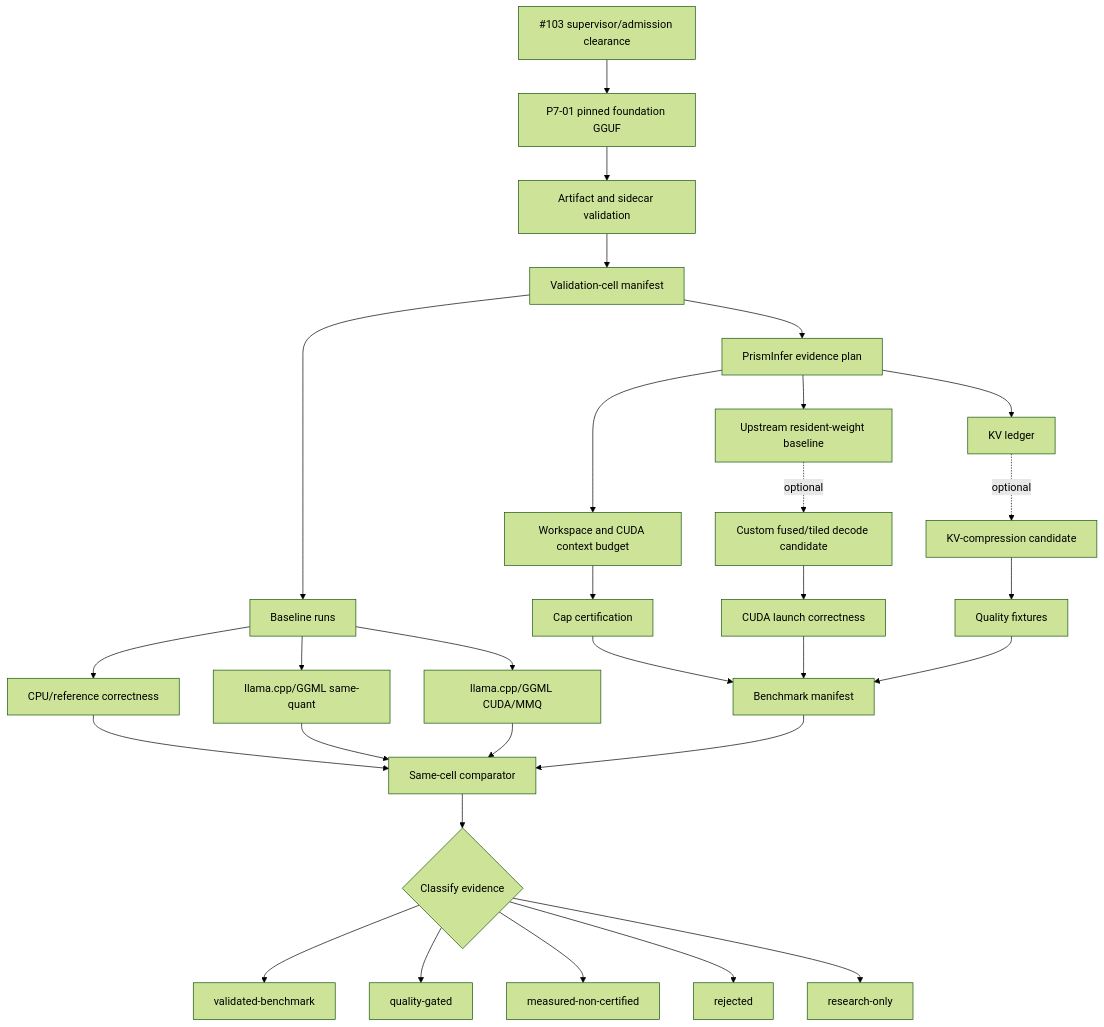
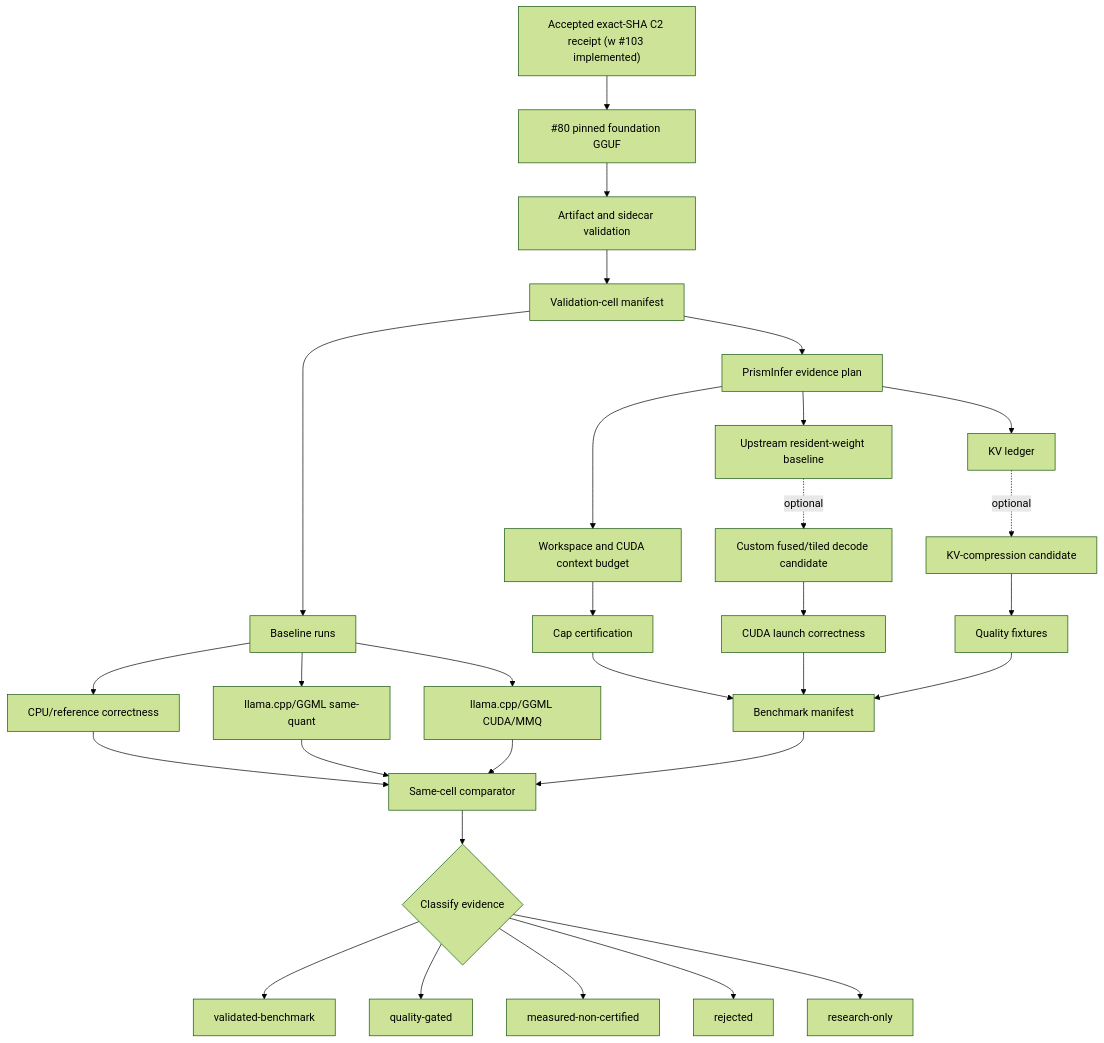
Before and after one commit to Gravelaw/prisminfer: the diagram in docs/phase6-implementation-plan.md, drawn with Mermaid (forest theme). The commit also changed other lines of this file and 18 other files, not shown here.

````diff
--- a/docs/phase6-implementation-plan.md
+++ b/docs/phase6-implementation-plan.md
@@ -121,32 +170,32 @@
 ```mermaid
 flowchart TD
-  SAFE["#103 supervisor/admission clearance"] --> A["P7-01 pinned foundation GGUF"]
+  SAFE["Accepted exact-SHA C2 receipt (#119; #103 implemented)"] --> A["#80 pinned foundation GGUF"]
   A --> B["Artifact and sidecar validation"]
   B --> C["Validation-cell manifest"]
   C --> D["Baseline runs"]
   D --> D1["CPU/reference correctness"]
   D --> D2["llama.cpp/GGML same-quant"]
   D --> D3["llama.cpp/GGML CUDA/MMQ"]
   C --> E["PrismInfer evidence plan"]
   E --> F["Upstream resident-weight baseline"]
   E --> G["KV ledger"]
   E --> H["Workspace and CUDA context budget"]
   F -.->|optional| I["Custom fused/tiled decode candidate"]
   G -.->|optional| J["KV-compression candidate"]
   H --> K["Cap certification"]
   I --> L["CUDA launch correctness"]
   J --> M["Quality fixtures"]
   K --> N["Benchmark manifest"]
   L --> N
   M --> N
   D1 --> O["Same-cell comparator"]
   D2 --> O
   D3 --> O
   N --> O
   O --> P{"Classify evidence"}
   P --> Q["validated-benchmark"]
   P --> R["quality-gated"]
   P --> MNC["measured-non-certified"]
   P --> T["rejected"]
   P --> U["research-only"]
 ```
````
